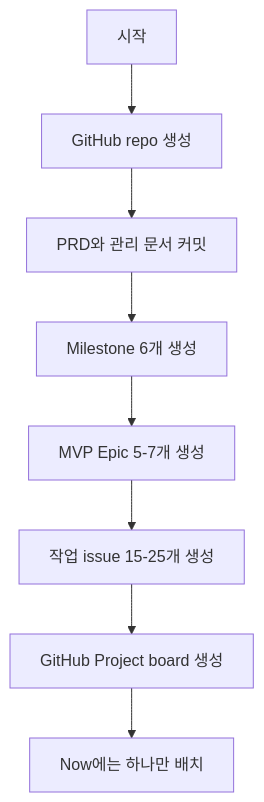
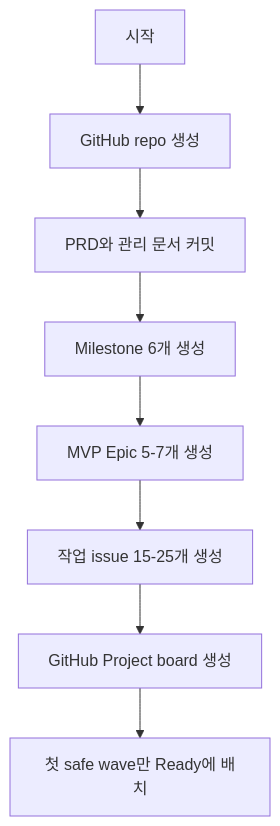
The ninth of 9 diagrams in docs/codex-deepresearch-project-management.md (r0feynman/codex-deepresearch), drawn with Mermaid before and after one commit. The commit also changed other lines of this file and 6 other files, not shown here.

````diff
--- a/docs/codex-deepresearch-project-management.md
+++ b/docs/codex-deepresearch-project-management.md
@@ -286,10 +293,10 @@
 ```mermaid
 flowchart TB
   Start["시작"] --> Repo["GitHub repo 생성"]
   Repo --> Docs["PRD와 관리 문서 커밋"]
   Docs --> Milestones["Milestone 6개 생성"]
   Milestones --> Epics["MVP Epic 5-7개 생성"]
   Epics --> Issues["작업 issue 15-25개 생성"]
   Issues --> Project["GitHub Project board 생성"]
-  Project --> Now["Now에는 하나만 배치"]
+  Project --> Ready["첫 safe wave만 Ready에 배치"]
 ```
````
